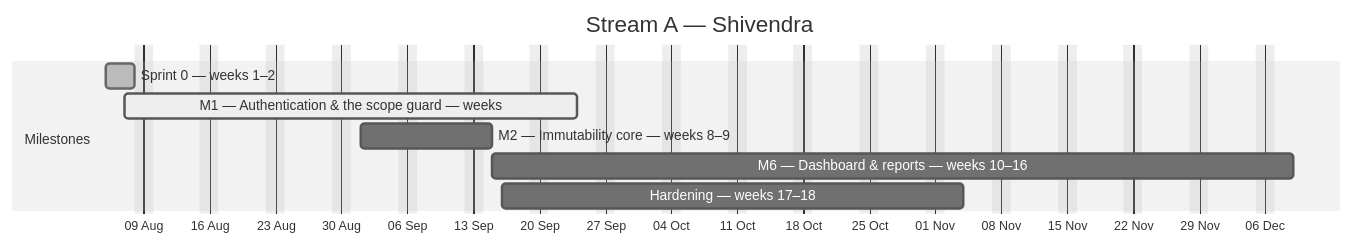
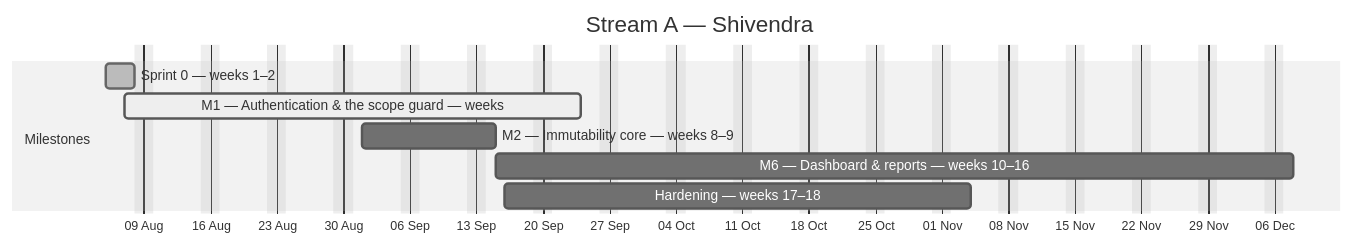
Before and after one commit to debashisedunext/EduTrack: the first of 4 diagrams in docs/plan/GANTT.md, drawn with Mermaid (neutral theme). The commit also changed other lines of this file and 3 other files, not shown here.

````diff
--- a/docs/plan/GANTT.md
+++ b/docs/plan/GANTT.md
@@ -118,13 +123,13 @@
 ```mermaid
 gantt
     dateFormat YYYY-MM-DD
     axisFormat %d %b
     title Stream A — Shivendra
     excludes weekends
     section Milestones
     Sprint 0 — weeks 1–2 :done, a0, 2026-08-05, 3d
     M1 — Authentication & the scope guard — weeks :active, a1, 2026-08-07, 34d
     M2 — Immutability core — weeks 8–9 :a2, 2026-09-01, 10d
-    M6 — Dashboard & reports — weeks 10–16 :a3, 2026-09-15, 61d
+    M6 — Dashboard & reports — weeks 10–16 :a3, 2026-09-15, 60d
     Hardening — weeks 17–18 :a4, 2026-09-16, 35d
 ```
````
